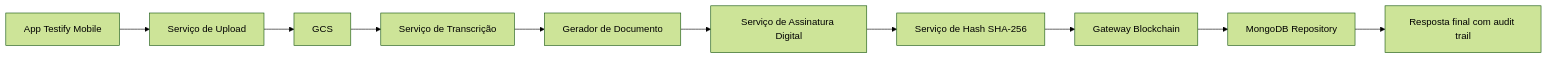
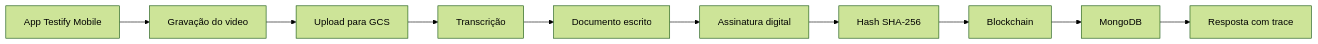
One commit to calebe-matias/ponderada-programacao-semana-06 changed the diagram in README.md. Above: the diagram before and after it, drawn with Mermaid (forest theme). The commit also changed other lines of this file and 33 other files, not shown here.

````diff
--- a/README.md
+++ b/README.md
@@ -76,12 +95,12 @@
 ```mermaid
 flowchart LR
-    A[App Testify Mobile] --> B[Serviço de Upload]
-    B --> C[GCS]
-    C --> D[Serviço de Transcrição]
-    D --> E[Gerador de Documento]
-    E --> F[Serviço de Assinatura Digital]
-    F --> G[Serviço de Hash SHA-256]
-    G --> H[Gateway Blockchain]
-    H --> I[MongoDB Repository]
-    I --> J[Resposta final com audit trail]
+    A["App Testify Mobile"] --> B["Gravação do video"]
+    B --> C["Upload para GCS"]
+    C --> D["Transcrição"]
+    D --> E["Documento escrito"]
+    E --> F["Assinatura digital"]
+    F --> G["Hash SHA-256"]
+    G --> H["Blockchain"]
+    H --> I["MongoDB"]
+    I --> J["Resposta com trace"]
 ```
````
